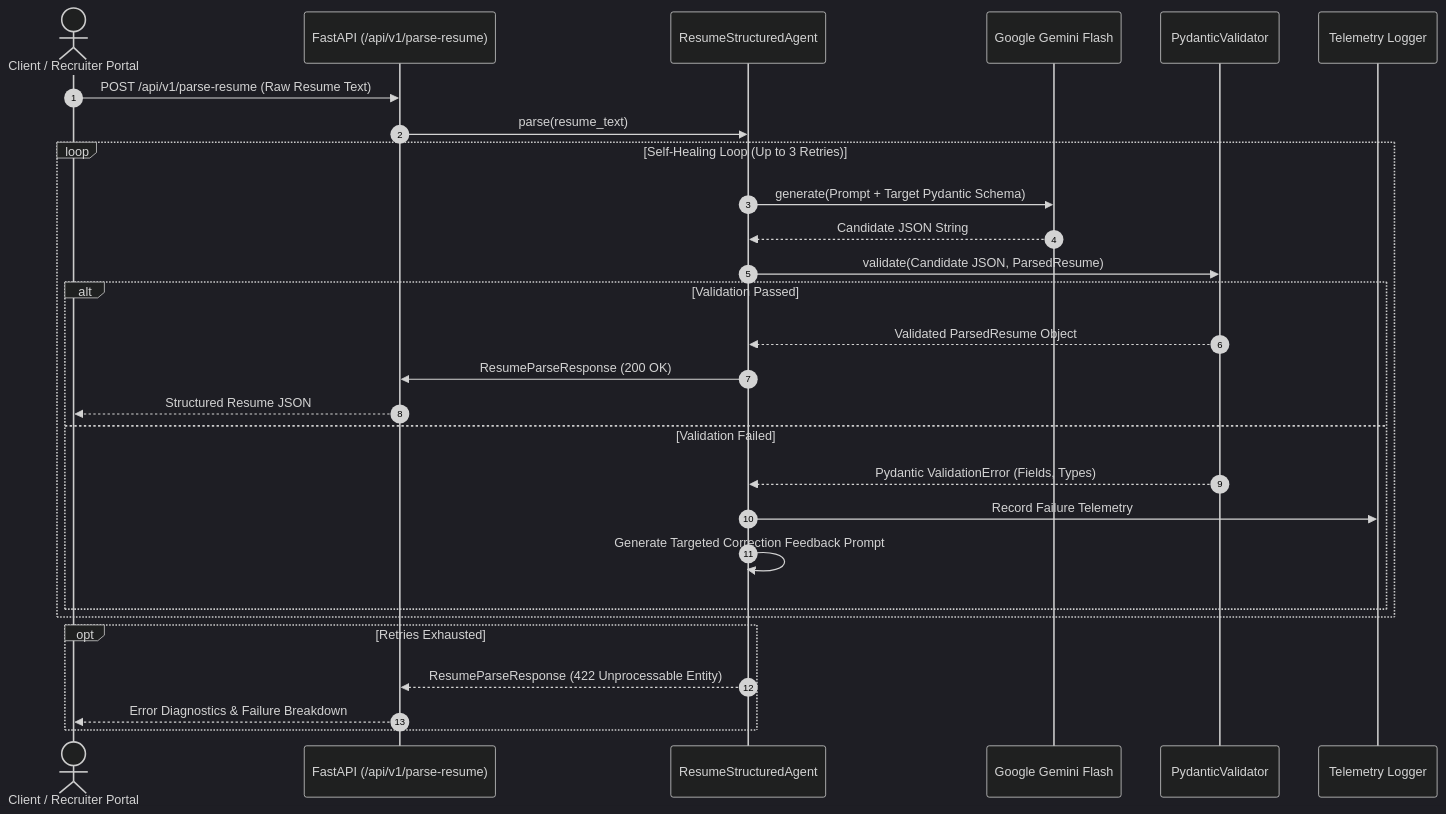
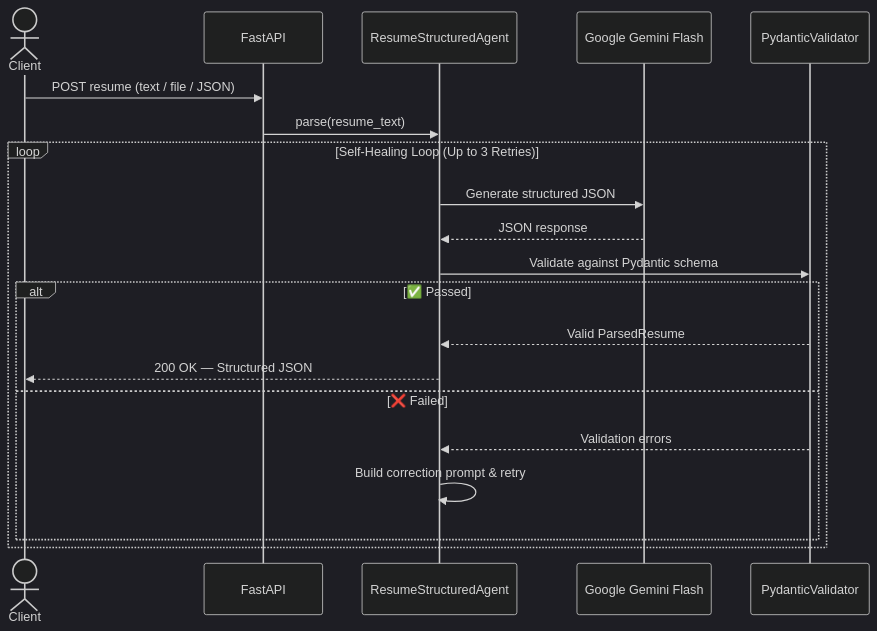
One commit to MawraMusawar/Document-Parse changed the diagram in README.md. Above: the diagram before and after it, drawn with Mermaid (dark theme). The commit also changed other lines of this file, not shown here.

````diff
--- a/README.md
+++ b/README.md
@@ -30,34 +15,25 @@
 ```mermaid
 sequenceDiagram
-    autonumber
-    actor Client as Client / Recruiter Portal
-    participant API as FastAPI (/api/v1/parse-resume)
+    actor Client
+    participant API as FastAPI
     participant Agent as ResumeStructuredAgent
     participant Gemini as Google Gemini Flash
     participant Validator as PydanticValidator
-    participant Logger as Telemetry Logger
 
-    Client->>API: POST /api/v1/parse-resume (Raw Resume Text)
+    Client->>API: POST resume (text / file / JSON)
     API->>Agent: parse(resume_text)
 
     loop Self-Healing Loop (Up to 3 Retries)
-        Agent->>Gemini: generate(Prompt + Target Pydantic Schema)
-        Gemini-->>Agent: Candidate JSON String
-        Agent->>Validator: validate(Candidate JSON, ParsedResume)
+        Agent->>Gemini: Generate structured JSON
+        Gemini-->>Agent: JSON response
+        Agent->>Validator: Validate against Pydantic schema
 
-        alt Validation Passed
-            Validator-->>Agent: Validated ParsedResume Object
-            Agent->>API: ResumeParseResponse (200 OK)
-            API-->>Client: Structured Resume JSON
-        else Validation Failed
-            Validator-->>Agent: Pydantic ValidationError (Fields, Types)
-            Agent->>Logger: Record Failure Telemetry
-            Agent->>Agent: Generate Targeted Correction Feedback Prompt
+        alt ✅ Passed
+            Validator-->>Agent: Valid ParsedResume
+            Agent-->>Client: 200 OK — Structured JSON
+        else ❌ Failed
+            Validator-->>Agent: Validation errors
+            Agent->>Agent: Build correction prompt & retry
         end
     end
-
-    opt Retries Exhausted
-        Agent-->>API: ResumeParseResponse (422 Unprocessable Entity)
-        API-->>Client: Error Diagnostics & Failure Breakdown
-    end
 ```
````
